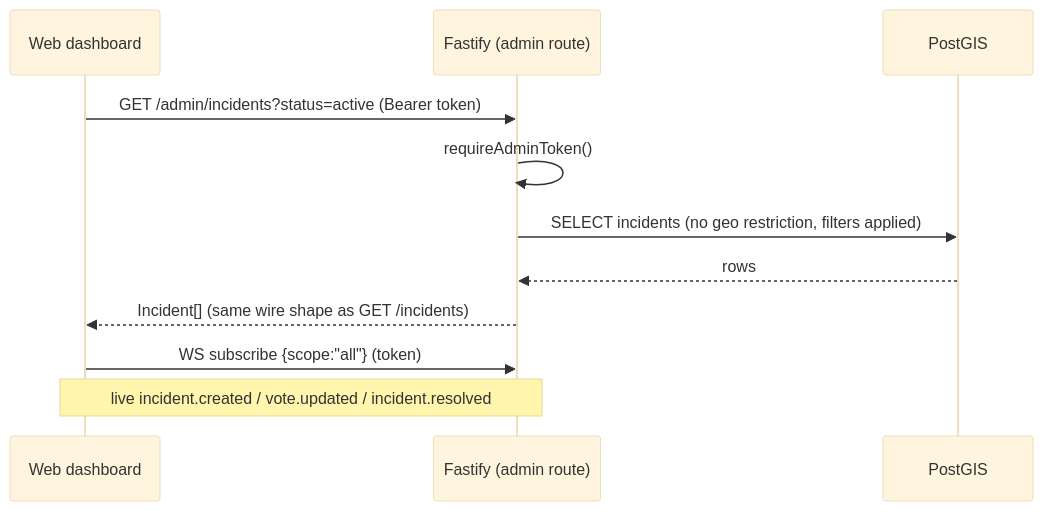
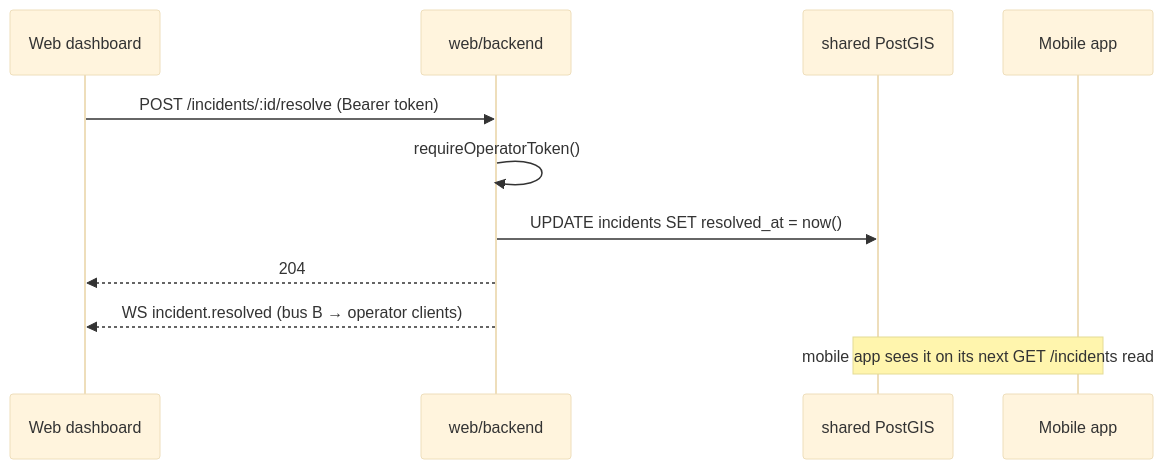
One commit to moradsab1/blgh changed the second of 2 diagrams in web/WebBackendSpecs.md. Above: the diagram before and after it, drawn with Mermaid (base theme). The commit also changed other lines of this file, not shown here.

````diff
--- a/web/WebBackendSpecs.md
+++ b/web/WebBackendSpecs.md
@@ -148,14 +147,14 @@
 ```mermaid
 sequenceDiagram
     participant W as Web dashboard
-    participant F as Fastify (admin route)
-    participant DB as PostGIS
+    participant WB as web/backend
+    participant DB as shared PostGIS
+    participant Mobile as Mobile app
 
-    W->>F: GET /admin/incidents?status=active (Bearer token)
-    F->>F: requireAdminToken()
-    F->>DB: SELECT incidents (no geo restriction, filters applied)
-    DB-->>F: rows
-    F-->>W: Incident[] (same wire shape as GET /incidents)
-    W->>F: WS subscribe {scope:"all"} (token)
-    Note over F,W: live incident.created / vote.updated / incident.resolved
+    W->>WB: POST /incidents/:id/resolve (Bearer token)
+    WB->>WB: requireOperatorToken()
+    WB->>DB: UPDATE incidents SET resolved_at = now()
+    WB-->>W: 204
+    WB-->>W: WS incident.resolved (bus B → operator clients)
+    Note over Mobile,DB: mobile app sees it on its next GET /incidents read
 ```
````
